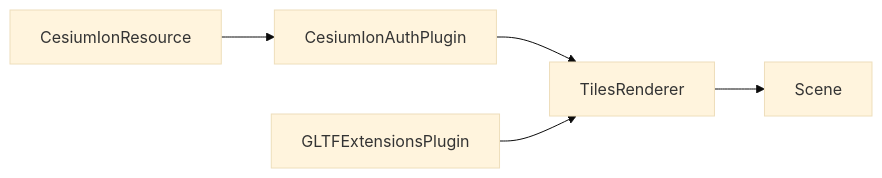
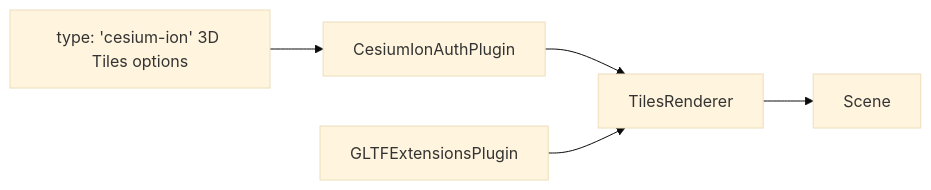
The fifth of 5 diagrams in docs/3d-tiles-renderer-plugins-and-overlays.md (cyanfish-x/tellux), drawn with Mermaid (base theme) before and after one commit. The commit also changed other lines of this file and 21 other files, not shown here.

Commit message:
初始化时的图层配置方式优化；

````diff
--- a/docs/3d-tiles-renderer-plugins-and-overlays.md
+++ b/docs/3d-tiles-renderer-plugins-and-overlays.md
@@ -446,7 +445,7 @@
 ```mermaid
 flowchart LR
-  CesiumIonResource --> CesiumIonAuthPlugin
+  CesiumIon3DTiles["type: 'cesium-ion' 3D Tiles options"] --> CesiumIonAuthPlugin
   CesiumIonAuthPlugin --> TilesRenderer
   GLTFExtensionsPlugin --> TilesRenderer
   TilesRenderer --> Scene
 ```
````
